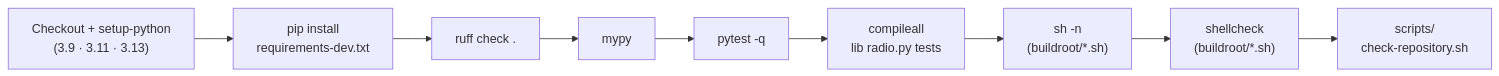
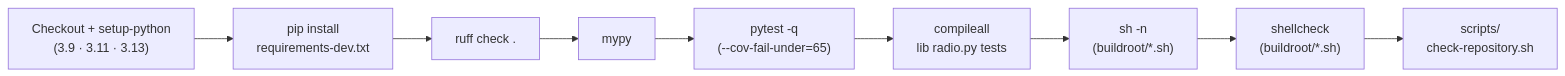
The diagram in doc/development.md (thk4711/raspberry-kitchen-radio), drawn with Mermaid before and after one commit. The commit also changed other lines of this file and 216 other files, not shown here.

````diff
--- a/doc/development.md
+++ b/doc/development.md
@@ -86,11 +101,11 @@
 ```mermaid
 flowchart LR
     A["Checkout + setup-python<br/>(3.9 · 3.11 · 3.13)"] --> B["pip install<br/>requirements-dev.txt"]
     B --> C["ruff check ."]
     C --> D["mypy"]
-    D --> E["pytest -q"]
+    D --> E["pytest -q<br/>(--cov-fail-under=65)"]
     E --> F["compileall<br/>lib radio.py tests"]
     F --> G["sh -n<br/>(buildroot/*.sh)"]
     G --> H["shellcheck<br/>(buildroot/*.sh)"]
     H --> I["scripts/<br/>check-repository.sh"]
 ```
````
